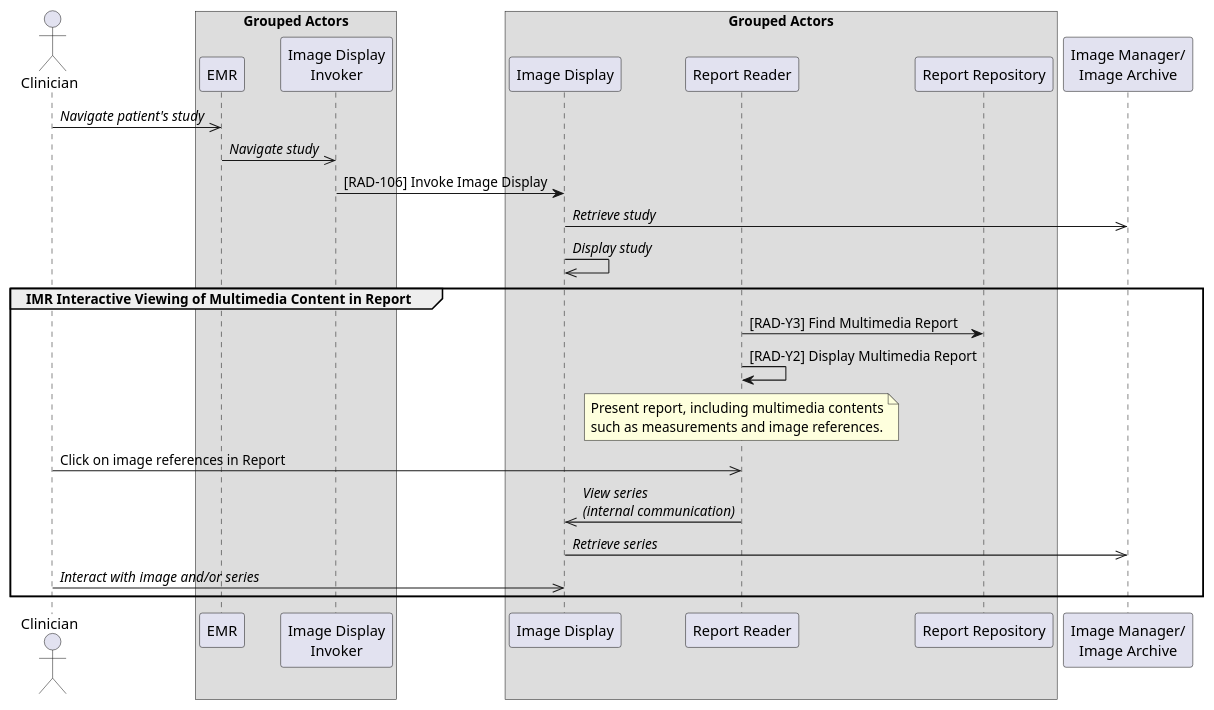
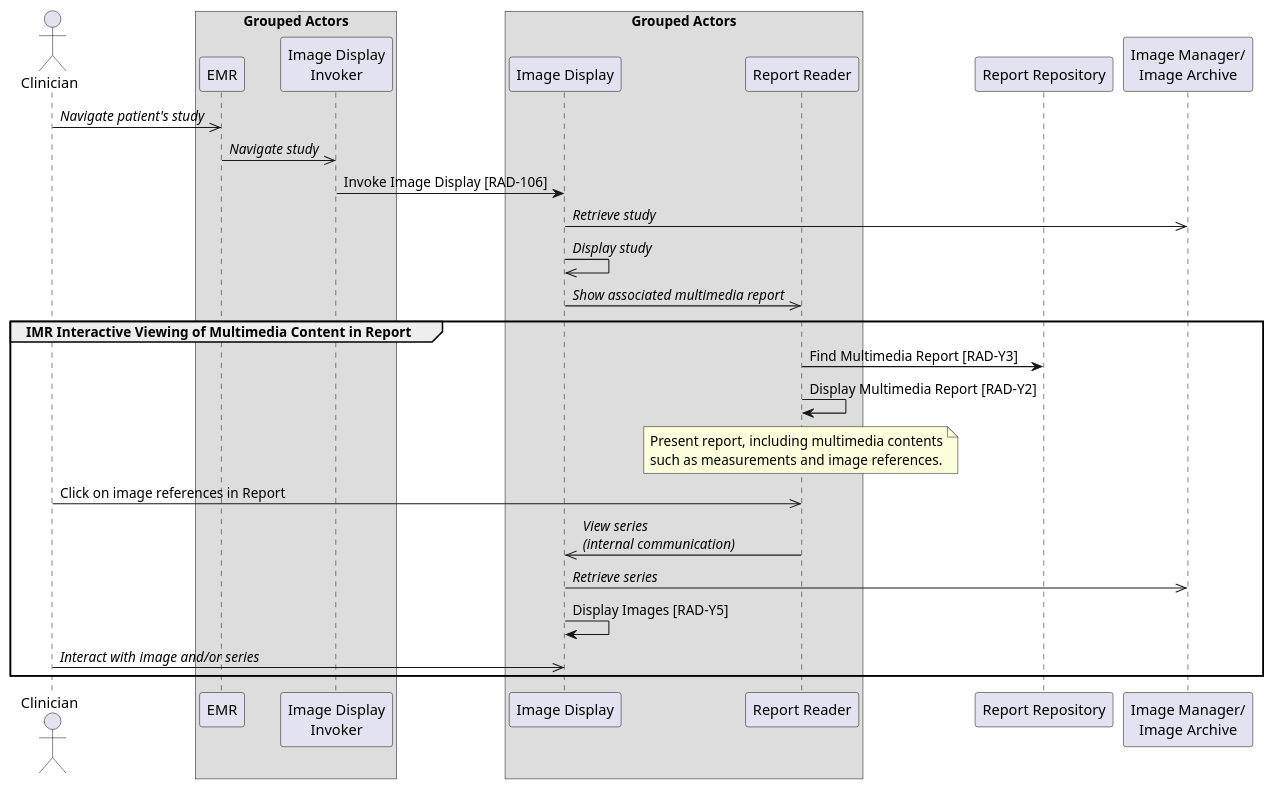
The diagram in input/images-source/uc4b-presenting-interactive-report-EMR-use-IID.plantuml (IHE/RAD.IMR), drawn with PlantUML before and after one commit. The commit also changed 5 other files, not shown here.

Commit message:
Updated all use case diagrams.

```diff
--- a/input/images-source/uc4b-presenting-interactive-report-EMR-use-IID.plantuml
+++ b/input/images-source/uc4b-presenting-interactive-report-EMR-use-IID.plantuml
@@ -1,41 +1,43 @@
 @startuml
 
 actor Clinician as Clinician
 
 box Grouped Actors
 participant "EMR" as EMR
 participant "Image Display\nInvoker" as Invoker
 end box
 
 box Grouped Actors
 participant "Image Display" as Display
 participant "Report Reader" as Reader
-participant "Report Repository" as Repo
 end box
 
+participant "Report Repository" as Repo
 participant "Image Manager/\nImage Archive" as Archive
 
 Clinician->>EMR: //Navigate patient's study//
 EMR->>Invoker: //Navigate study//
 
-Invoker->Display: [RAD-106] Invoke Image Display
+Invoker->Display: Invoke Image Display [RAD-106]
 Display->>Archive: //Retrieve study//
 Display->>Display: //Display study//
+Display->>Reader: //Show associated multimedia report//
 
 group IMR Interactive Viewing of Multimedia Content in Report
-Reader->Repo: [RAD-Y3] Find Multimedia Report
-Reader->Reader: [RAD-Y2] Display Multimedia Report
+Reader->Repo: Find Multimedia Report [RAD-Y3]
+Reader->Reader: Display Multimedia Report [RAD-Y2]
 
 note over Reader
 Present report, including multimedia contents
 such as measurements and image references.
 end note
 
 Clinician->>Reader: Click on image references in Report
 Reader->>Display: //View series//\n//(internal communication)//
 Display->>Archive: //Retrieve series//
+Display->Display: Display Images [RAD-Y5]
 
 Clinician->>Display: //Interact with image and/or series//
 end
 
 @enduml
```
